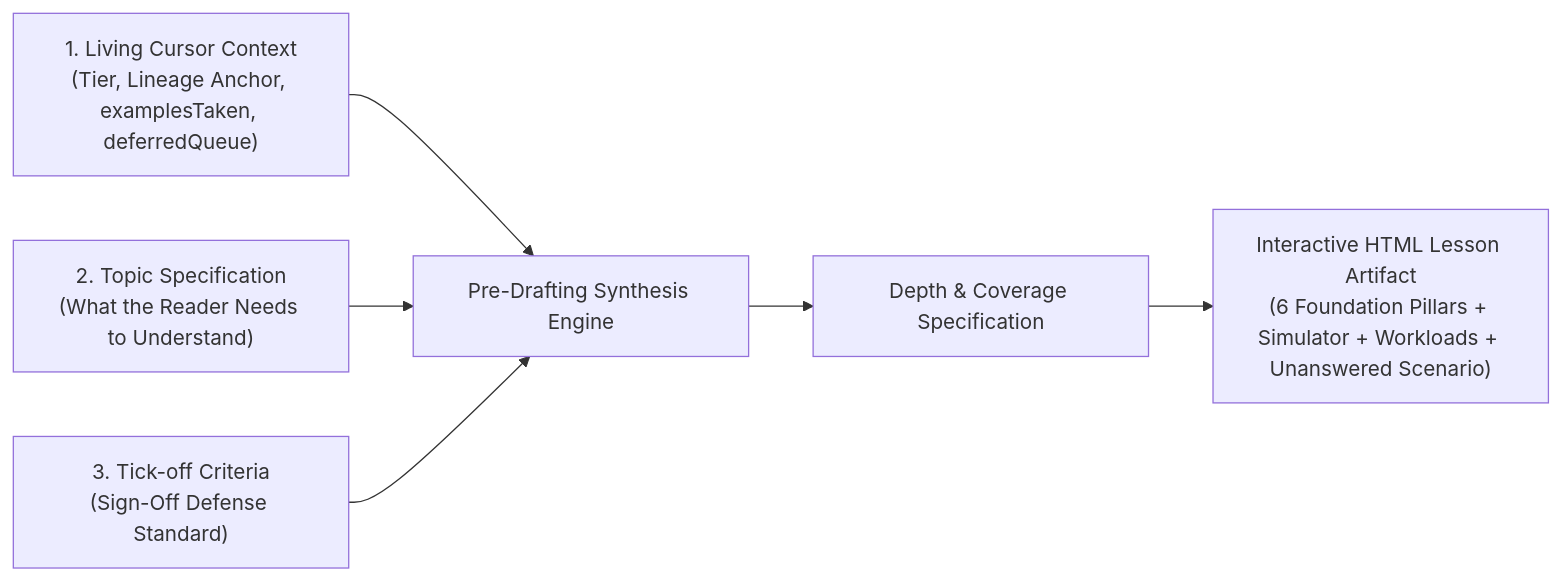
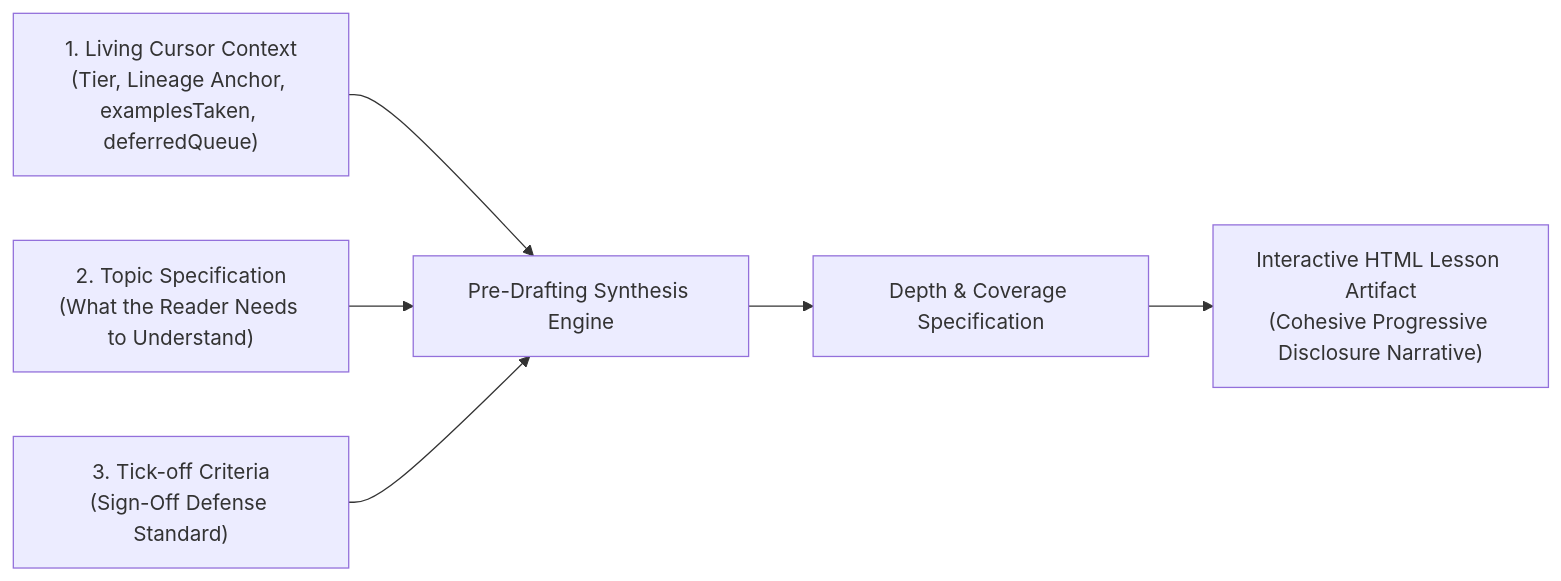
Before and after one commit to alph-a07/system-design-studio: the second of 2 diagrams in skills/system-design-studio/SKILL.md, drawn with Mermaid. The commit also changed other lines of this file and 7 other files, not shown here.

````diff
--- a/skills/system-design-studio/SKILL.md
+++ b/skills/system-design-studio/SKILL.md
@@ -187,9 +191,9 @@
 ```mermaid
 flowchart LR
     C1["1. Living Cursor Context<br/>(Tier, Lineage Anchor, examplesTaken, deferredQueue)"] --> GAUGE["Pre-Drafting Synthesis Engine"]
     C2["2. Topic Specification<br/>(What the Reader Needs to Understand)"] --> GAUGE
     C3["3. Tick-off Criteria<br/>(Sign-Off Defense Standard)"] --> GAUGE
 
     GAUGE --> DEPTH["Depth & Coverage Specification"]
-    DEPTH --> ARTIFACT["Interactive HTML Lesson Artifact<br/>(6 Foundation Pillars + Simulator + Workloads + Unanswered Scenario)"]
+    DEPTH --> ARTIFACT["Interactive HTML Lesson Artifact<br/>(Cohesive Progressive Disclosure Narrative)"]
 ```
````
